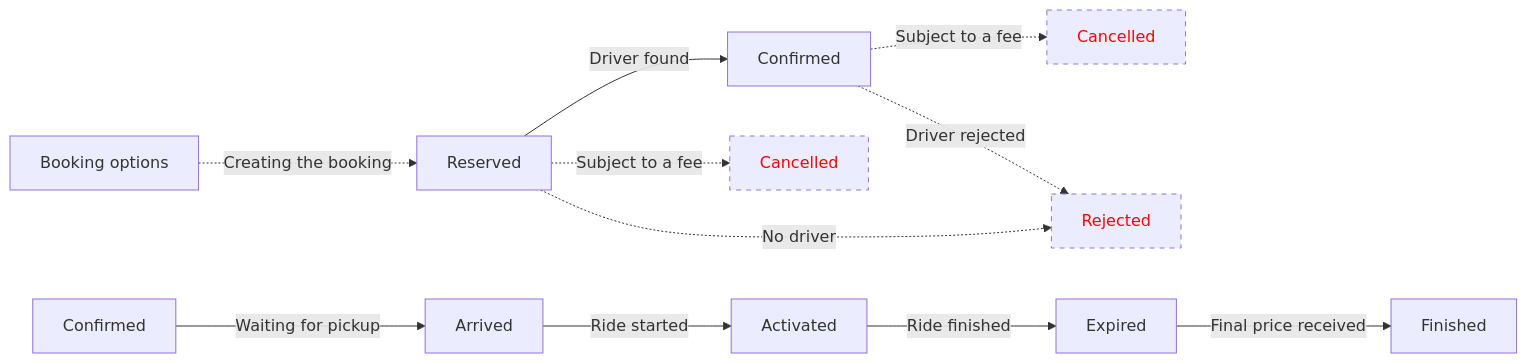
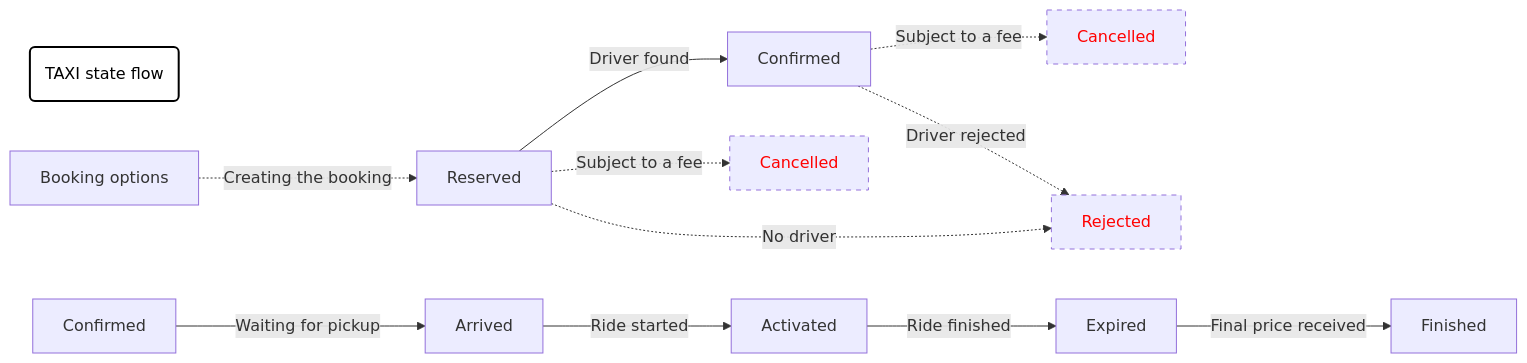
Before and after one commit to maasglobal/maas-tsp-api: the diagram in specs/workflow/taxi.mmd, drawn with Mermaid. The commit also changed 5 other files, not shown here.

Commit message:
Refine existing and add car sharing and rental car state diagrams

```diff
--- a/specs/workflow/taxi.mmd
+++ b/specs/workflow/taxi.mmd
@@ -1,16 +1,18 @@
 graph LR
-    %% MermaidJS workflow graph for Taxi TSP
-    %% Use https://mermaid-js.github.io/mermaid-live-editor/ to edit
-    Options[Booking options] -.->|Creating the booking| Reserved
-    Confirmed -.->|Subject to a fee| Cancelled
-    Confirmed -.->|Driver rejected| Rejected
-    Reserved -.->|No driver| Rejected
-    Reserved -->|Driver found| Confirmed
-    Reserved -.->|Subject to a fee| Cancelled2["Cancelled"]
-    Confirmed2[Confirmed] -->|Waiting for pickup| Arrived
-    Arrived -->|Ride started| Activated
-    Activated -->|Ride finished| Expired
-    Expired -->|Final price received| Finished
-    style Cancelled color:red,stroke-dasharray: 5, 5
-    style Cancelled2 color:red,stroke-dasharray: 5, 5
-    style Rejected color:red,stroke-dasharray: 5, 5
+  label1(TAXI state flow)
+  %% MermaidJS workflow graph for Taxi TSP
+  %% Use https://mermaid-js.github.io/mermaid-live-editor/ to edit
+  Options[Booking options] -.->|Creating the booking| Reserved
+  Confirmed -.->|Subject to a fee| Cancelled
+  Confirmed -.->|Driver rejected| Rejected
+  Reserved -.->|No driver| Rejected
+  Reserved -->|Driver found| Confirmed
+  Reserved -.->|Subject to a fee| Cancelled2["Cancelled"]
+  Confirmed2[Confirmed] -->|Waiting for pickup| Arrived
+  Arrived -->|Ride started| Activated
+  Activated -->|Ride finished| Expired
+  Expired -->|Final price received| Finished
+  style Cancelled color:red,stroke-dasharray: 5, 5
+  style Cancelled2 color:red,stroke-dasharray: 5, 5
+  style Rejected color:red,stroke-dasharray: 5, 5
+  style label1 stroke-width:2px,color:black,stroke:black,fill:white
```
